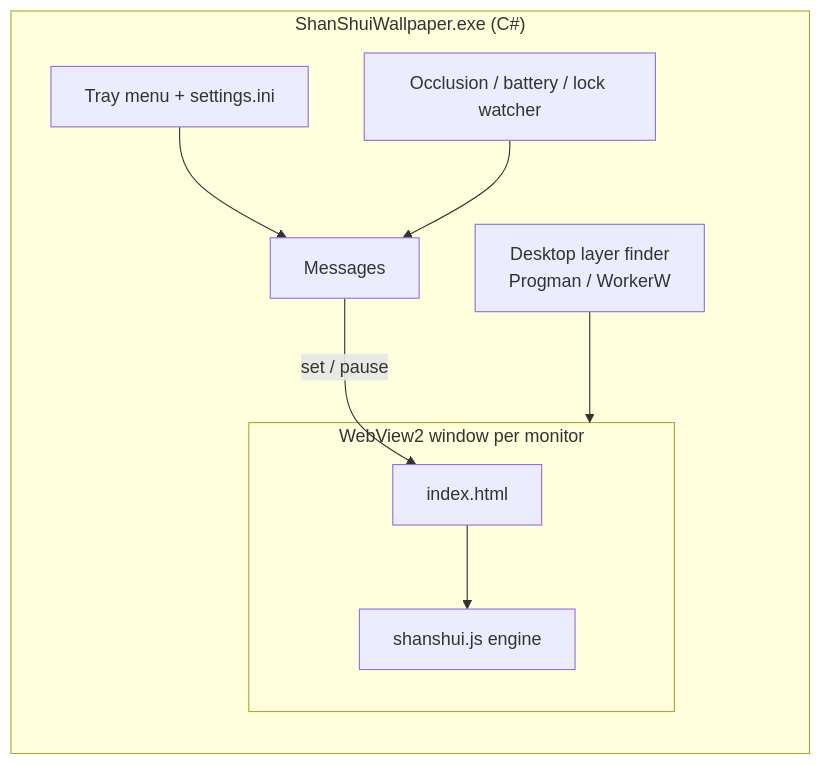
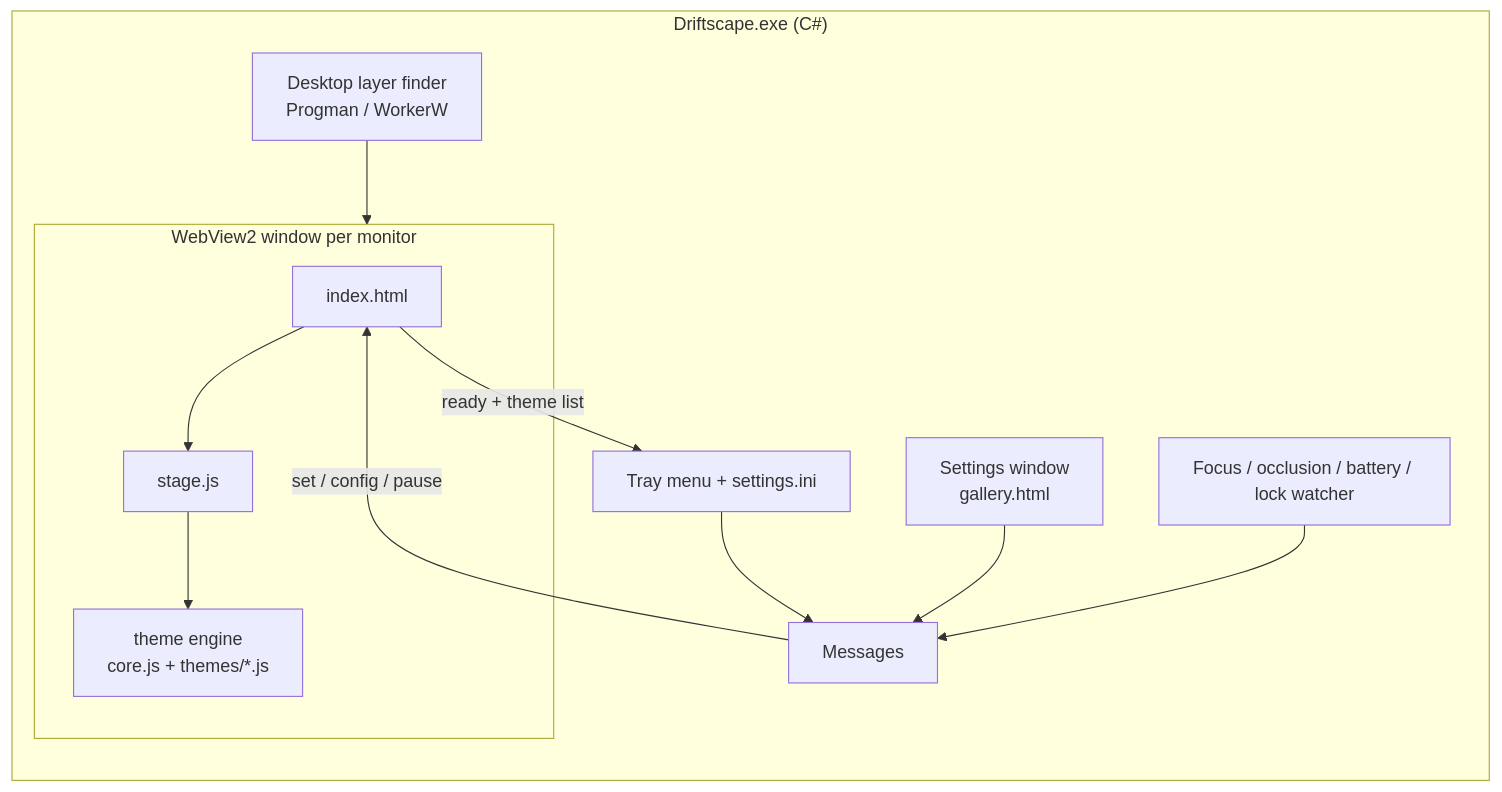
One commit to departmentofone/Paperwall changed the first of 2 diagrams in docs/HOW-IT-WORKS.md. Above: the diagram before and after it, drawn with Mermaid. The commit also changed other lines of this file and 33 other files, not shown here.

First line of the commit message:
Driftscape 2.0: four themes, a settings window and auto-pause

````diff
--- a/docs/HOW-IT-WORKS.md
+++ b/docs/HOW-IT-WORKS.md
@@ -12,12 +14,14 @@
 ```mermaid
 flowchart LR
-  subgraph Host["ShanShuiWallpaper.exe (C#)"]
+  subgraph Host["Driftscape.exe (C#)"]
     T[Tray menu + settings.ini] --> M[Messages]
-    O[Occlusion / battery / lock watcher] --> M
+    G[Settings window<br/>gallery.html] --> M
+    O[Focus / occlusion / battery / lock watcher] --> M
     D[Desktop layer finder<br/>Progman / WorkerW] --> W
   end
   subgraph W["WebView2 window per monitor"]
-    P[index.html] --> E[shanshui.js engine]
+    P[index.html] --> S[stage.js] --> E[theme engine<br/>core.js + themes/*.js]
   end
-  M -- "set / pause" --> P
+  M -- "set / config / pause" --> P
+  P -- "ready + theme list" --> T
 ```
````
